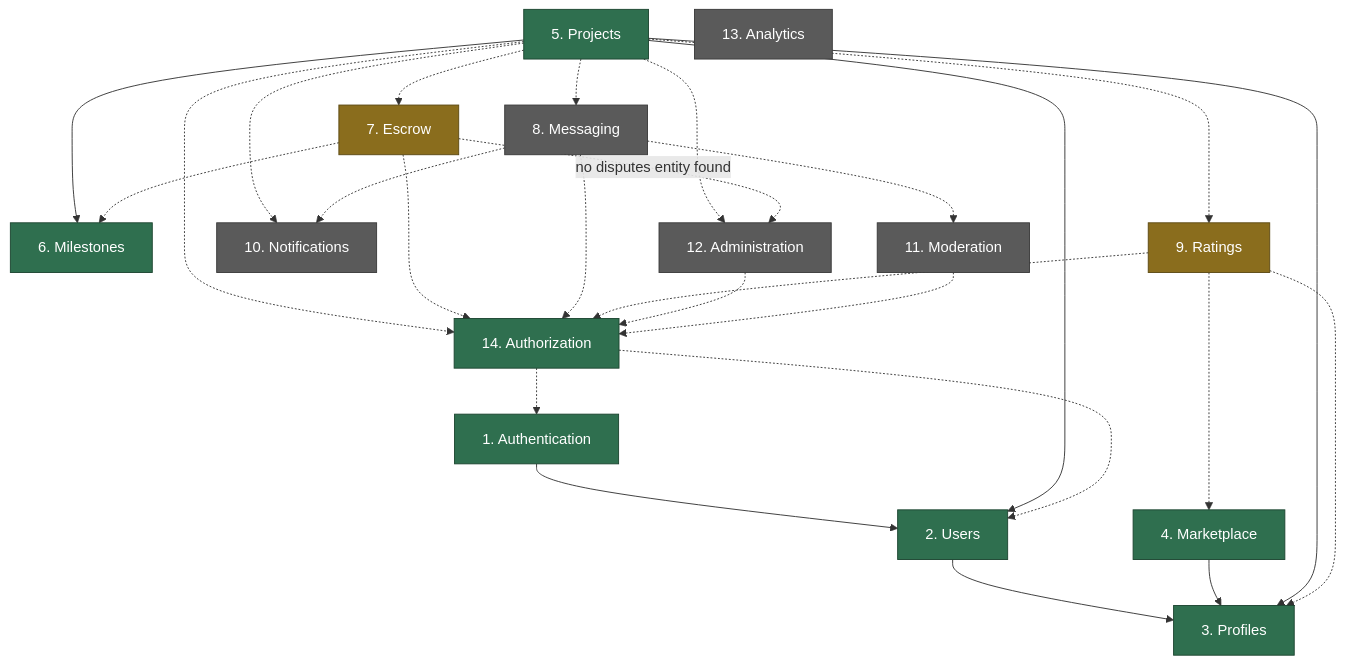
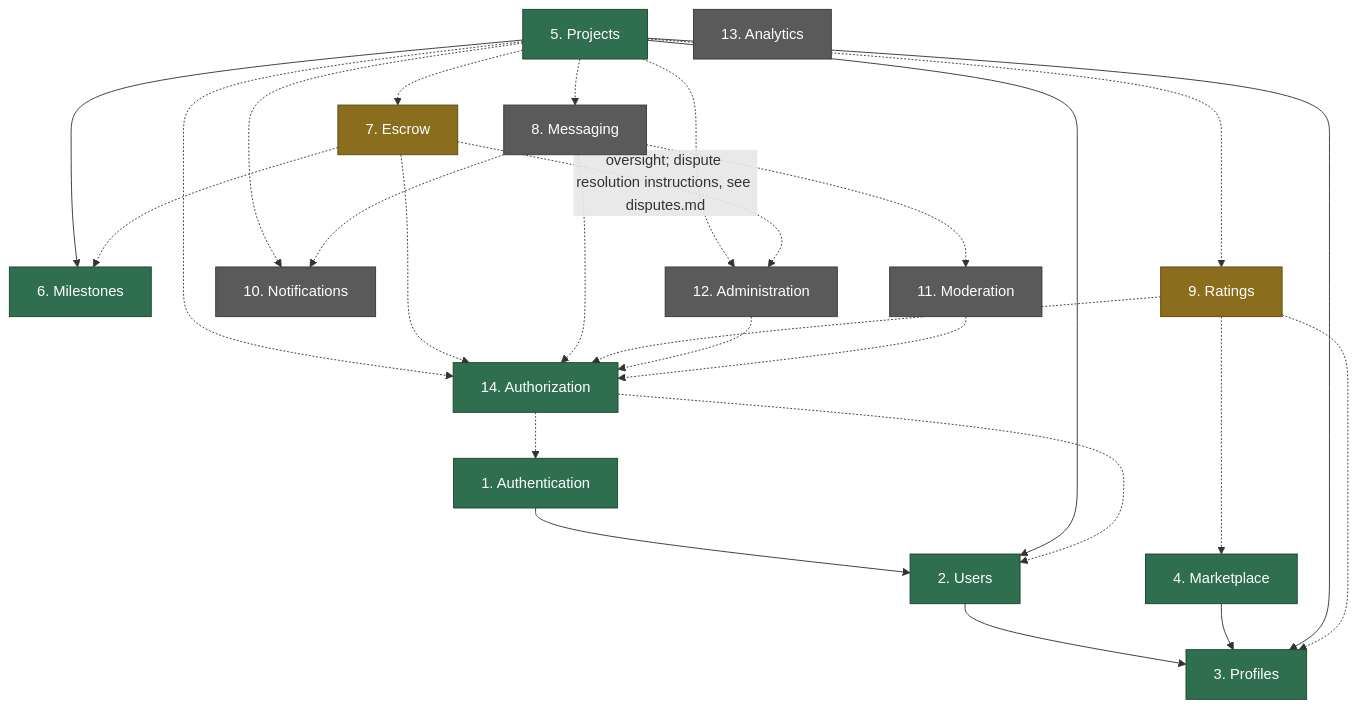
One commit to xela-ash/Music_app changed the second of 8 diagrams in docs/01-foundation/system-architecture.md. Above: the diagram before and after it, drawn with Mermaid. The commit also changed other lines of this file and 3 other files, not shown here.

````diff
--- a/docs/01-foundation/system-architecture.md
+++ b/docs/01-foundation/system-architecture.md
@@ -140,47 +140,47 @@
 ```mermaid
 flowchart TB
     classDef implemented fill:#2f6f4f,stroke:#1c4530,color:#ffffff
     classDef schemaOnly fill:#8a6d1d,stroke:#5c4913,color:#ffffff
     classDef planned fill:#5a5a5a,stroke:#3a3a3a,color:#ffffff
 
     AUTH["1. Authentication"]:::implemented
     USERS["2. Users"]:::implemented
     PROFILES["3. Profiles"]:::implemented
     MARKET["4. Marketplace"]:::implemented
     PROJECTS["5. Projects"]:::implemented
     MILESTONES["6. Milestones"]:::implemented
     ESCROW["7. Escrow"]:::schemaOnly
     MSG["8. Messaging"]:::planned
     RATINGS["9. Ratings"]:::schemaOnly
     NOTIF["10. Notifications"]:::planned
     MOD["11. Moderation"]:::planned
     ADMIN["12. Administration"]:::planned
     ANALYTICS["13. Analytics"]:::planned
     AUTHZ["14. Authorization"]:::implemented
 
     AUTH --> USERS
     USERS --> PROFILES
     MARKET --> PROFILES
     PROJECTS --> USERS
     PROJECTS --> PROFILES
     PROJECTS --> MILESTONES
     PROJECTS -.-> ESCROW
     PROJECTS -.-> MSG
     PROJECTS -.-> RATINGS
     PROJECTS -.-> NOTIF
     PROJECTS -.-> ADMIN
     ESCROW -.-> MILESTONES
-    ESCROW -.->|no disputes entity found| ADMIN
+    ESCROW -.->|oversight; dispute resolution instructions, see disputes.md| ADMIN
     MSG -.-> NOTIF
     MSG -.-> MOD
     RATINGS -.-> PROFILES
     RATINGS -.-> MARKET
     AUTHZ -.-> AUTH
     AUTHZ -.-> USERS
     PROJECTS -.-> AUTHZ
     ESCROW -.-> AUTHZ
     MSG -.-> AUTHZ
     RATINGS -.-> AUTHZ
     ADMIN -.-> AUTHZ
     MOD -.-> AUTHZ
 ```
````
